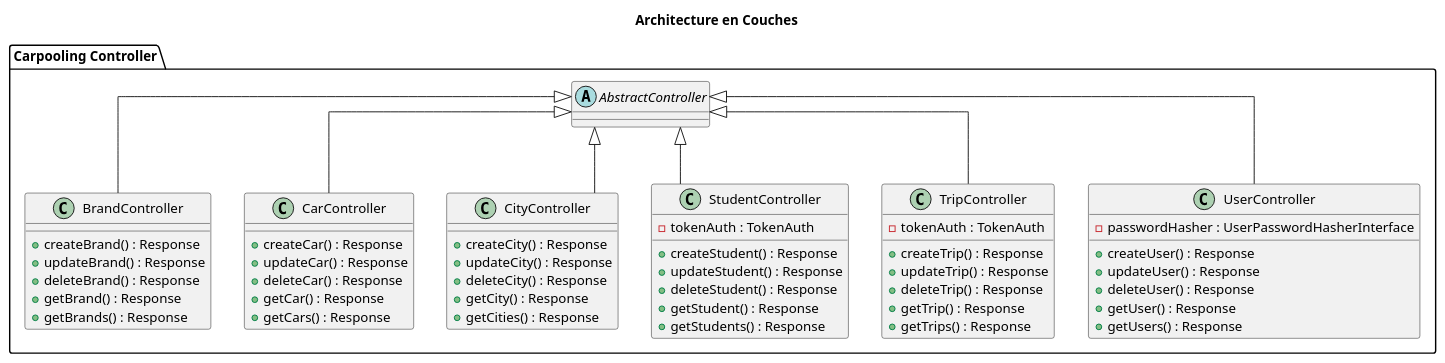
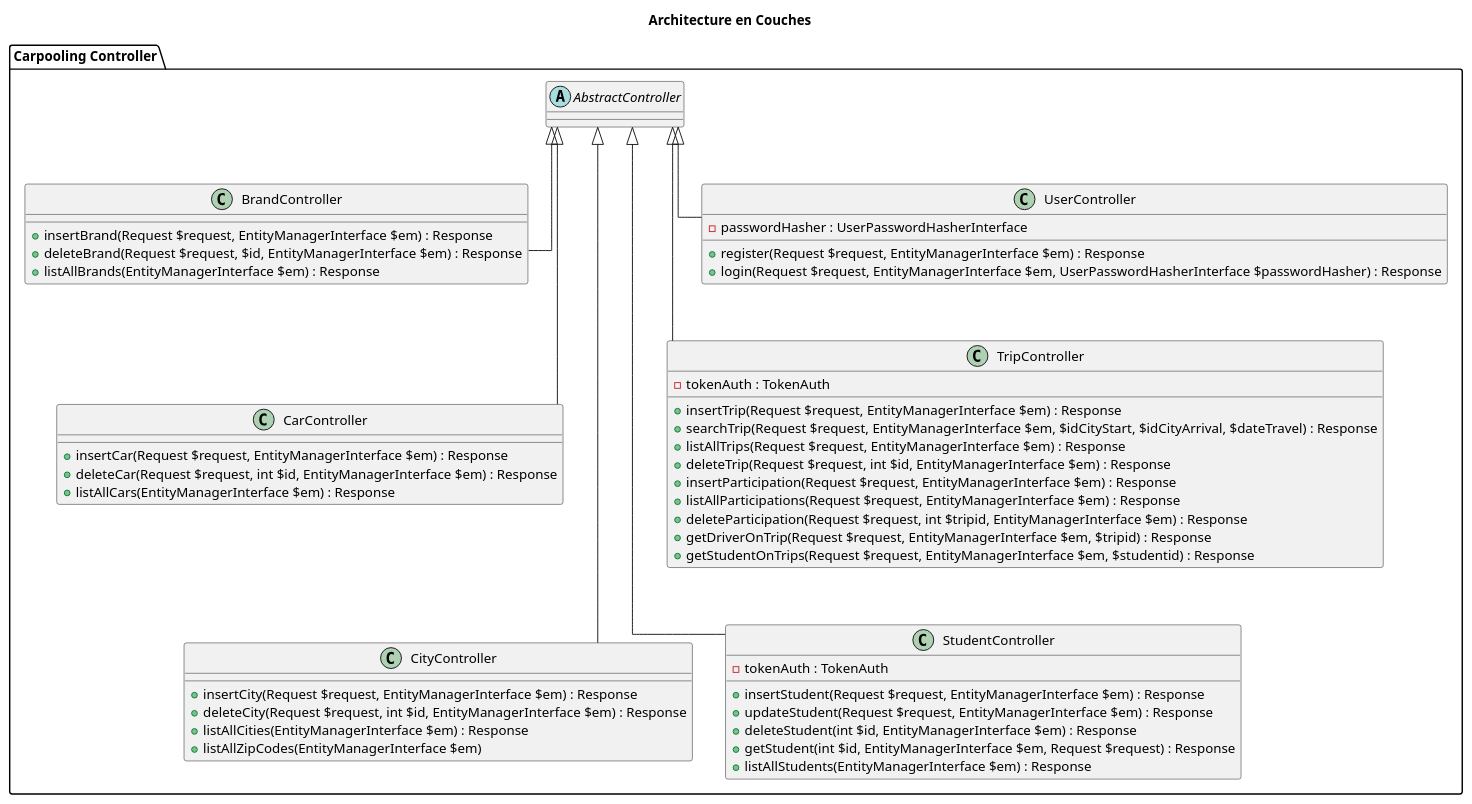
One commit to elemouellic/carpooling changed the diagram in DiagramController.puml. Above: the diagram before and after it, drawn with PlantUML. The commit also changed 7 other files, not shown here.

```diff
--- a/DiagramController.puml
+++ b/DiagramController.puml
@@ -1,62 +1,59 @@
 @startuml
 skinparam linetype ortho
 top to bottom direction
 
 title Architecture en Couches
 
 package "Carpooling Controller"  as controller {
 abstract class AbstractController  {
 }
 class BrandController {
-    +createBrand() : Response
-    +updateBrand() : Response
-    +deleteBrand() : Response
-    +getBrand() : Response
-    +getBrands() : Response
+    +insertBrand(Request $request, EntityManagerInterface $em) : Response
+    +deleteBrand(Request $request, $id, EntityManagerInterface $em) : Response
+    +listAllBrands(EntityManagerInterface $em) : Response
 }
 class CarController {
-    +createCar() : Response
-    +updateCar() : Response
-    +deleteCar() : Response
-    +getCar() : Response
-    +getCars() : Response
+    +insertCar(Request $request, EntityManagerInterface $em) : Response
+    +deleteCar(Request $request, int $id, EntityManagerInterface $em) : Response
+    +listAllCars(EntityManagerInterface $em) : Response
 }
 class CityController {
-    +createCity() : Response
-    +updateCity() : Response
-    +deleteCity() : Response
-    +getCity() : Response
-    +getCities() : Response
+    +insertCity(Request $request, EntityManagerInterface $em) : Response
+    +deleteCity(Request $request, int $id, EntityManagerInterface $em) : Response
+    +listAllCities(EntityManagerInterface $em) : Response
+    +listAllZipCodes(EntityManagerInterface $em)
 }
 class StudentController {
     -tokenAuth : TokenAuth
-    +createStudent() : Response
-    +updateStudent() : Response
-    +deleteStudent() : Response
-    +getStudent() : Response
-    +getStudents() : Response
+    +insertStudent(Request $request, EntityManagerInterface $em) : Response
+    +updateStudent(Request $request, EntityManagerInterface $em) : Response
+    +deleteStudent(int $id, EntityManagerInterface $em) : Response
+    +getStudent(int $id, EntityManagerInterface $em, Request $request) : Response
+    +listAllStudents(EntityManagerInterface $em) : Response
 }
 class TripController {
     -tokenAuth : TokenAuth
-    +createTrip() : Response
-    +updateTrip() : Response
-    +deleteTrip() : Response
-    +getTrip() : Response
-    +getTrips() : Response
+    +insertTrip(Request $request, EntityManagerInterface $em) : Response
+    +searchTrip(Request $request, EntityManagerInterface $em, $idCityStart, $idCityArrival, $dateTravel) : Response
+    +listAllTrips(Request $request, EntityManagerInterface $em) : Response
+    +deleteTrip(Request $request, int $id, EntityManagerInterface $em) : Response
+    +insertParticipation(Request $request, EntityManagerInterface $em) : Response
+    +listAllParticipations(Request $request, EntityManagerInterface $em) : Response
+    +deleteParticipation(Request $request, int $tripid, EntityManagerInterface $em) : Response
+    +getDriverOnTrip(Request $request, EntityManagerInterface $em, $tripid) : Response
+    +getStudentOnTrips(Request $request, EntityManagerInterface $em, $studentid) : Response
+
 }
 class UserController {
     -passwordHasher : UserPasswordHasherInterface
-    +createUser() : Response
-    +updateUser() : Response
-    +deleteUser() : Response
-    +getUser() : Response
-    +getUsers() : Response
+    +register(Request $request, EntityManagerInterface $em) : Response
+    +login(Request $request, EntityManagerInterface $em, UserPasswordHasherInterface $passwordHasher) : Response
 }
 AbstractController ^-down- BrandController
-AbstractController ^-down- CarController
-AbstractController ^-down- CityController
-AbstractController ^-down- StudentController
-AbstractController ^-down- TripController
+AbstractController ^-down-- CarController
+AbstractController ^-down--- CityController
+AbstractController ^-down--- StudentController
+AbstractController ^-down-- TripController
 AbstractController ^-down- UserController
 
 @enduml
```
